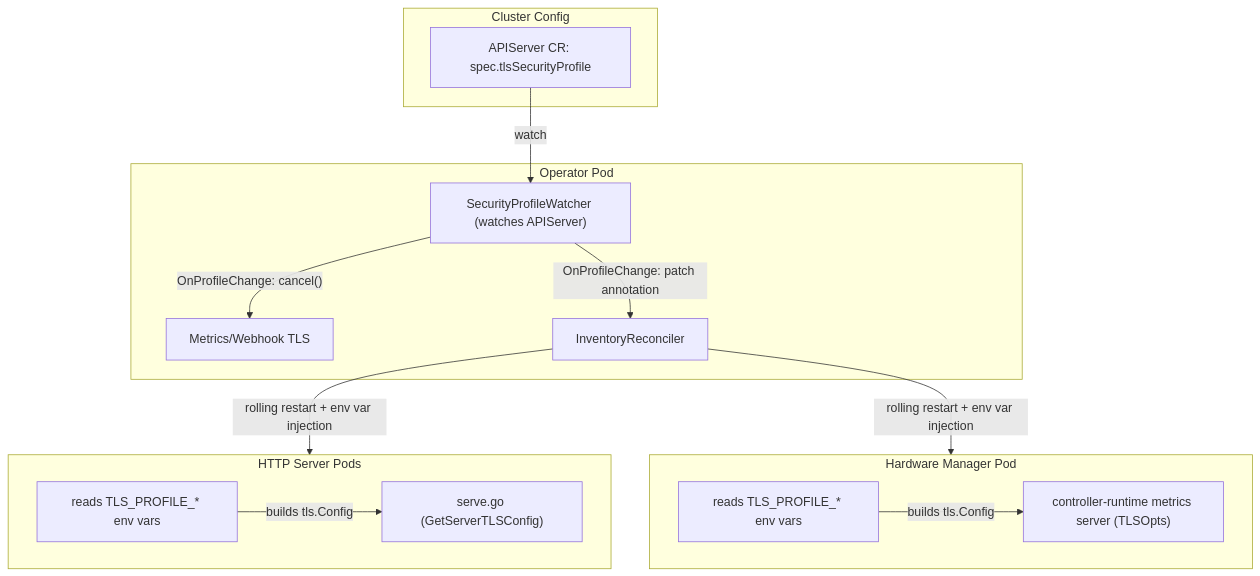
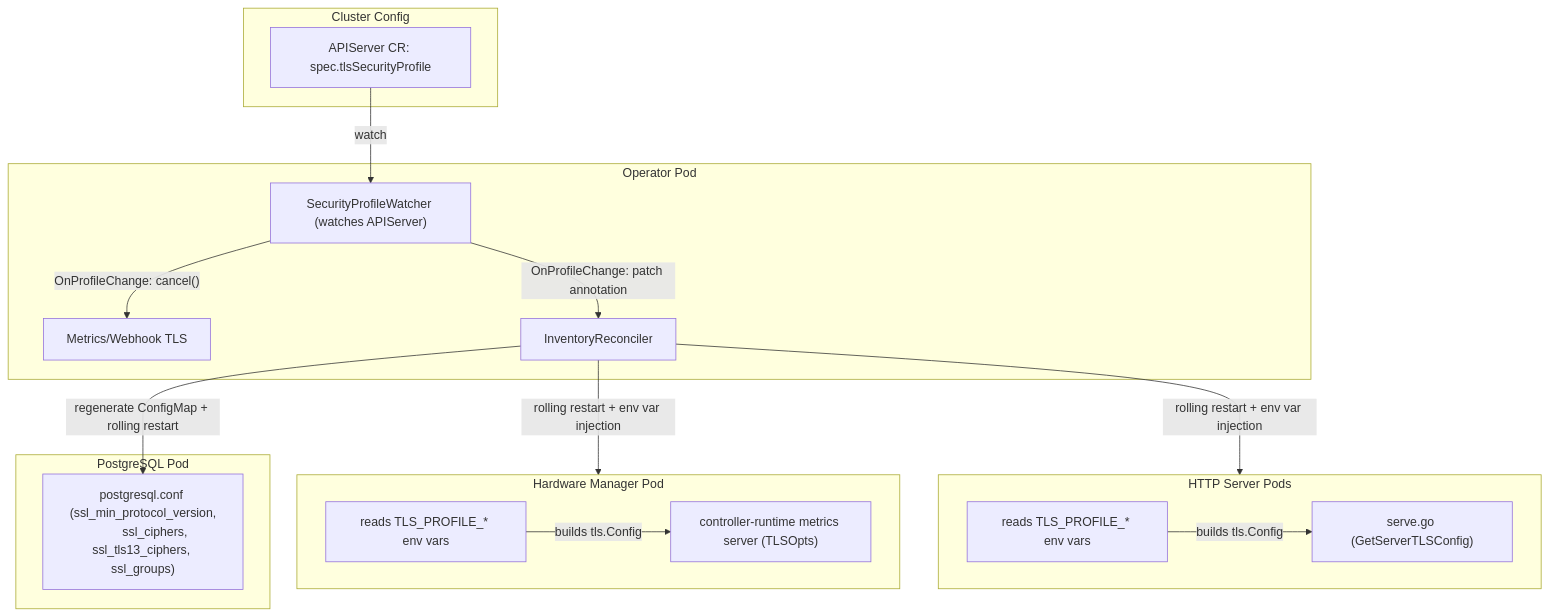
One commit to openshift-kni/oran-o2ims changed the first of 2 diagrams in docs/dev/tls-configuration.md. Above: the diagram before and after it, drawn with Mermaid. The commit also changed other lines of this file and 9 other files, not shown here.

First line of the commit message:
Make postgres pod compliant with security profiles (tls-scanner) (#3727)

````diff
--- a/docs/dev/tls-configuration.md
+++ b/docs/dev/tls-configuration.md
@@ -88,30 +88,36 @@
 ```mermaid
 flowchart TB
     subgraph cluster_cfg["Cluster Config"]
         APIServerRes["APIServer CR: spec.tlsSecurityProfile"]
     end
 
     subgraph operator_pod["Operator Pod"]
         Watcher["SecurityProfileWatcher (watches APIServer)"]
         MgrTLS["Metrics/Webhook TLS"]
         Reconciler["InventoryReconciler"]
     end
 
     subgraph http_pods["HTTP Server Pods"]
         EnvRead["reads TLS_PROFILE_* env vars"]
         Serve["serve.go (GetServerTLSConfig)"]
     end
 
     subgraph hw_mgr_pod["Hardware Manager Pod"]
         HWEnvRead["reads TLS_PROFILE_* env vars"]
         HWMgr["controller-runtime metrics server (TLSOpts)"]
     end
 
+    subgraph postgres_pod["PostgreSQL Pod"]
+        PGConf["postgresql.conf (ssl_min_protocol_version,
+        ssl_ciphers, ssl_tls13_ciphers, ssl_groups)"]
+    end
+
     APIServerRes -->|"watch"| Watcher
     Watcher -->|"OnProfileChange: cancel()"| MgrTLS
     Watcher -->|"OnProfileChange: patch annotation"| Reconciler
     Reconciler -->|"rolling restart + env var injection"| http_pods
     Reconciler -->|"rolling restart + env var injection"| hw_mgr_pod
+    Reconciler -->|"regenerate ConfigMap + rolling restart"| PGConf
     EnvRead -->|"builds tls.Config"| Serve
     HWEnvRead -->|"builds tls.Config"| HWMgr
 ```
````
